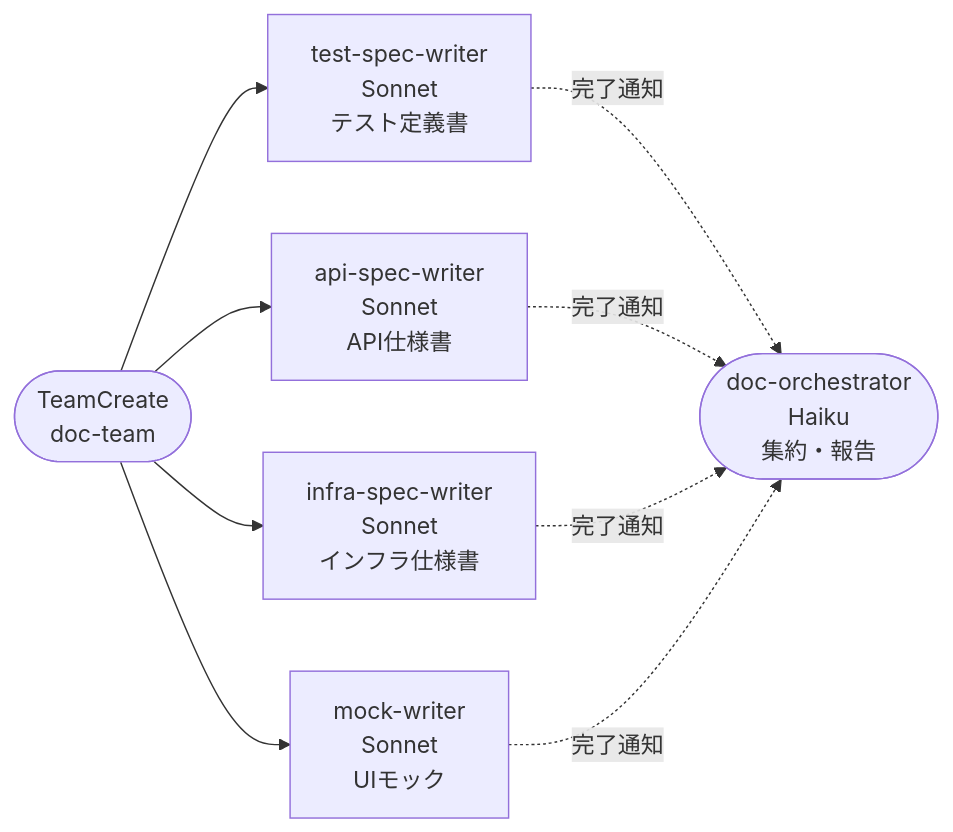
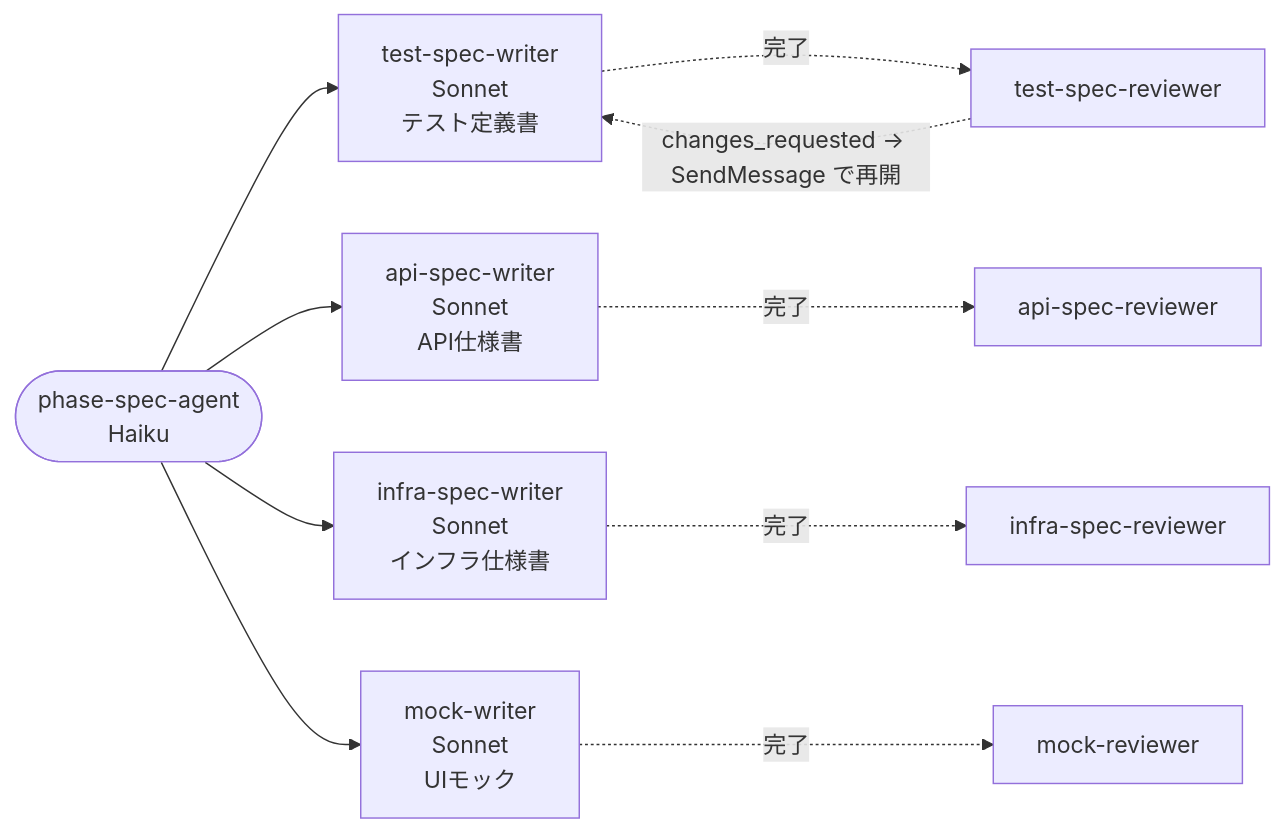
Before and after one commit to youmjww/dev-flow-skills: the second of 4 diagrams in README.md, drawn with Mermaid. The commit also changed other lines of this file and 23 other files, not shown here.

````diff
--- a/README.md
+++ b/README.md
@@ -138,13 +137,13 @@
 ```mermaid
 flowchart LR
-    TC([TeamCreate<br/>doc-team])
-    TC --> TSW["test-spec-writer<br/>Sonnet<br/>テスト定義書"]
-    TC --> ASW["api-spec-writer<br/>Sonnet<br/>API仕様書"]
-    TC --> ISW["infra-spec-writer<br/>Sonnet<br/>インフラ仕様書"]
-    TC --> MW["mock-writer<br/>Sonnet<br/>UIモック"]
-    TSW -. 完了通知 .-> DO
-    ASW -. 完了通知 .-> DO
-    ISW -. 完了通知 .-> DO
-    MW -. 完了通知 .-> DO
-    DO(["doc-orchestrator<br/>Haiku<br/>集約・報告"])
+    PSA([phase-spec-agent<br/>Haiku])
+    PSA --> TSW["test-spec-writer<br/>Sonnet<br/>テスト定義書"]
+    PSA --> ASW["api-spec-writer<br/>Sonnet<br/>API仕様書"]
+    PSA --> ISW["infra-spec-writer<br/>Sonnet<br/>インフラ仕様書"]
+    PSA --> MW["mock-writer<br/>Sonnet<br/>UIモック"]
+    TSW -. 完了 .-> TSR["test-spec-reviewer"]
+    ASW -. 完了 .-> ASR["api-spec-reviewer"]
+    ISW -. 完了 .-> ISR["infra-spec-reviewer"]
+    MW -. 完了 .-> MR["mock-reviewer"]
+    TSR -. changes_requested → SendMessage で再開 .-> TSW
 ```
````
